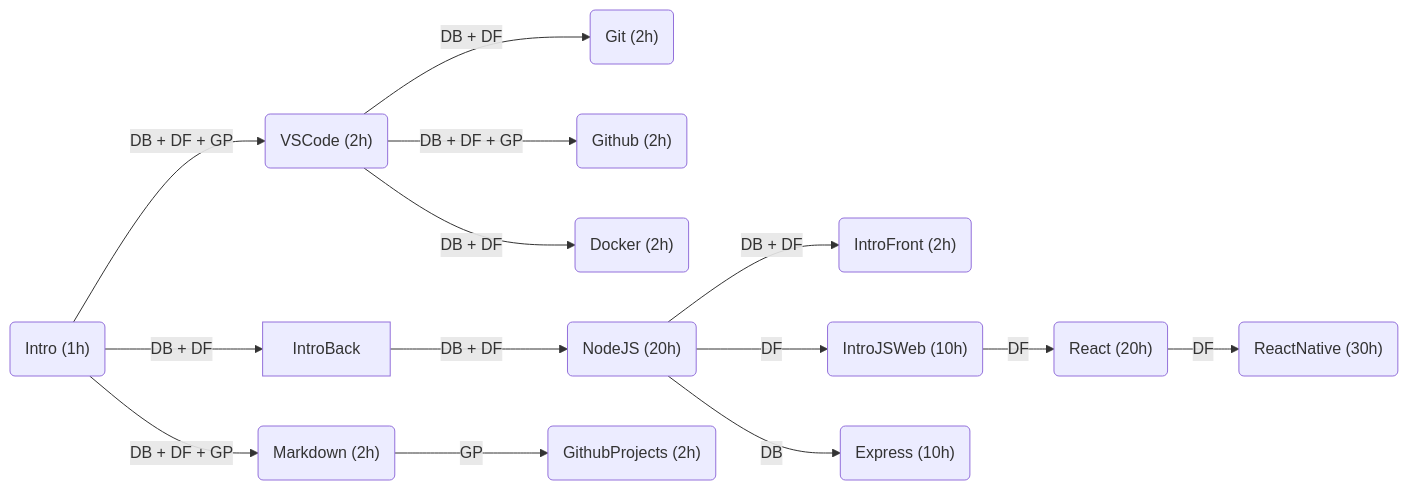
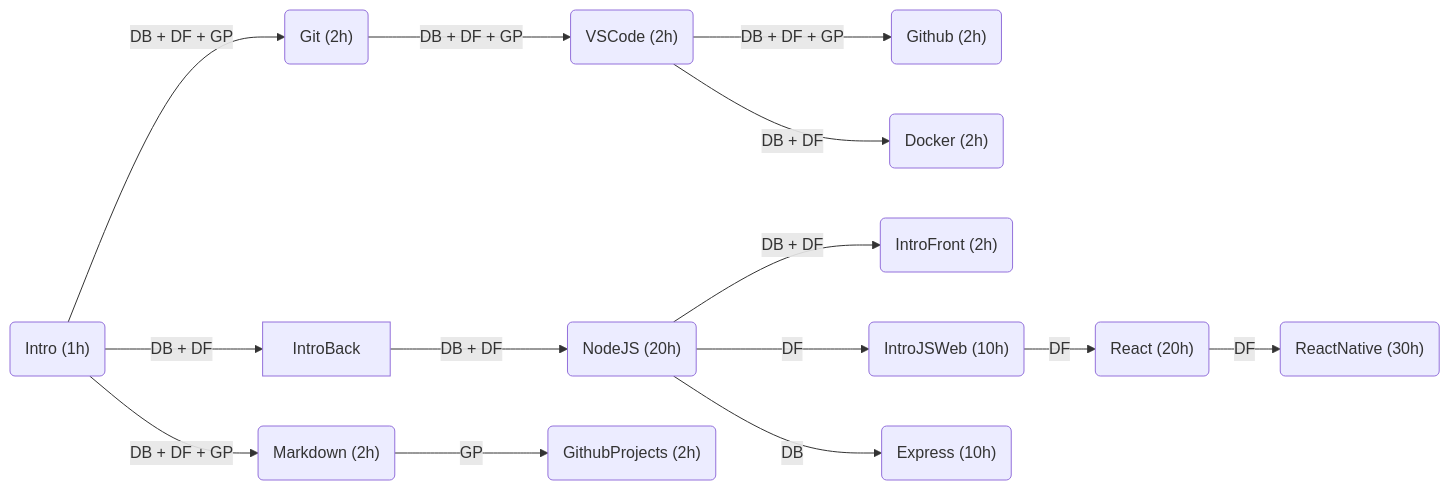
Before and after one commit to Daissen/treinamento: the diagram in README.md, drawn with Mermaid. The commit also changed other lines of this file and 27 other files, not shown here.

````diff
--- a/README.md
+++ b/README.md
@@ -33,16 +33,16 @@
 ```mermaid
 flowchart LR
   Intro("Intro (1h)") --  "DB + DF"  --> IntroBack
   Intro -- "DB + DF + GP" --> Markdown
-  Intro -- "DB + DF + GP" --> VSCode
-  VSCode("VSCode (2h)") -- "DB + DF" --> Git("Git (2h)")
+  Intro -- "DB + DF + GP" --> Git
+  Git("Git (2h)") -- "DB + DF + GP" --> VSCode("VSCode (2h)")
   VSCode -- "DB + DF + GP" --> Github("Github (2h)")
   VSCode -- "DB + DF" --> Docker("Docker (2h)")
   IntroBack -- "DB + DF" --> NodeJS
   NodeJS("NodeJS (20h)") -- "DB + DF" --> IntroFront("IntroFront (2h)")
   NodeJS -- "DF" --> IntroJSWeb
   IntroJSWeb("IntroJSWeb (10h)") -- "DF" --> React
   React("React (20h)") -- "DF" --> ReactNative("ReactNative (30h)")
   Markdown("Markdown (2h)") -- "GP" --> GithubProjects("GithubProjects (2h)")
   NodeJS -- "DB" --> Express("Express (10h)")
 ```
````
